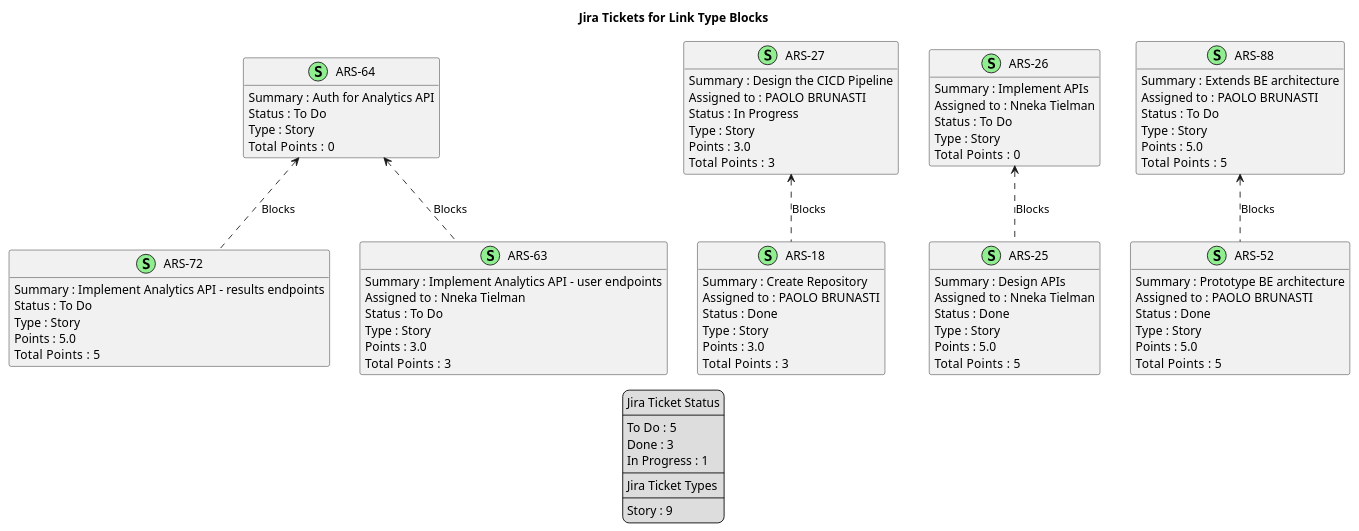
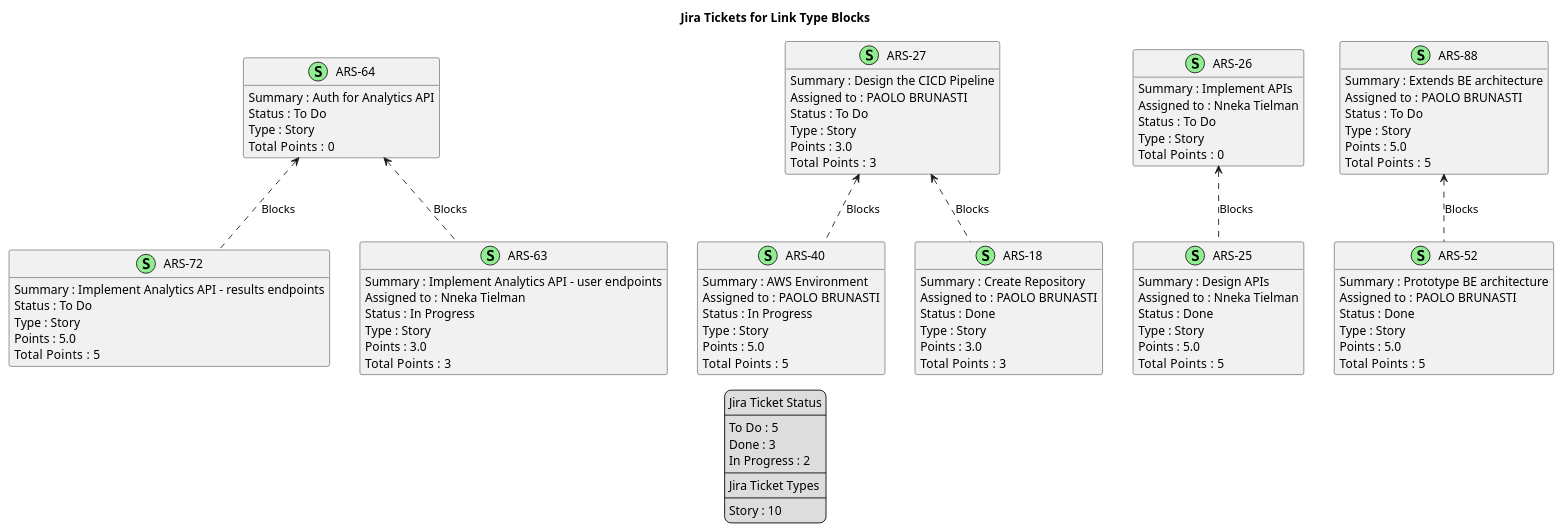
One commit to brunasti/jiraplotter changed the diagram in docs/nexus/jira-LinkType-Blocks.puml. Above: the diagram before and after it, drawn with PlantUML. The commit also changed 18 other files, not shown here.

Commit message:
Regenerates Nexus diagrams

```diff
--- a/docs/nexus/jira-LinkType-Blocks.puml
+++ b/docs/nexus/jira-LinkType-Blocks.puml
@@ -1,116 +1,127 @@
 @startuml
 'https://plantuml.com/class-diagram
 
 ' GENERATE CLASS DIAGRAM ===========
-' Generated at    : Tue May 21 11:41:22 CEST 2024
+' Generated at    : Thu May 23 13:36:26 CEST 2024
 
 title Jira Tickets for Link Type Blocks
 hide empty members
 
 legend
 Jira Ticket Status
 ----
 To Do : 5
 Done : 3
-In Progress : 1
+In Progress : 2
 ----
 Jira Ticket Types
 ----
-Story : 9
+Story : 10
 end legend
 
 
 ' Tickets =======
 class "ARS-72" << (S,lightgreen) >> {
  Summary : Implement Analytics API - results endpoints
  Status : To Do
  Type : Story
  Points : 5.0
 Total  Points : 5
 }
 
+class "ARS-40" << (S,lightgreen) >> {
+ Summary : AWS Environment
+ Assigned to : PAOLO BRUNASTI
+ Status : In Progress
+ Type : Story
+ Points : 5.0
+Total  Points : 5
+}
+
 class "ARS-27" << (S,lightgreen) >> {
  Summary : Design the CICD Pipeline
  Assigned to : PAOLO BRUNASTI
- Status : In Progress
+ Status : To Do
  Type : Story
  Points : 3.0
 Total  Points : 3
 }
 
 class "ARS-18" << (S,lightgreen) >> {
  Summary : Create Repository
  Assigned to : PAOLO BRUNASTI
  Status : Done
  Type : Story
  Points : 3.0
 Total  Points : 3
 }
 
 class "ARS-25" << (S,lightgreen) >> {
  Summary : Design APIs
  Assigned to : Nneka Tielman
  Status : Done
  Type : Story
  Points : 5.0
 Total  Points : 5
 }
 
 class "ARS-26" << (S,lightgreen) >> {
  Summary : Implement APIs
  Assigned to : Nneka Tielman
  Status : To Do
  Type : Story
 Total  Points : 0
 }
 
 class "ARS-63" << (S,lightgreen) >> {
  Summary : Implement Analytics API - user endpoints
  Assigned to : Nneka Tielman
- Status : To Do
+ Status : In Progress
  Type : Story
  Points : 3.0
 Total  Points : 3
 }
 
 class "ARS-52" << (S,lightgreen) >> {
  Summary : Prototype BE architecture
  Assigned to : PAOLO BRUNASTI
  Status : Done
  Type : Story
  Points : 5.0
 Total  Points : 5
 }
 
 class "ARS-64" << (S,lightgreen) >> {
  Summary : Auth for Analytics API
  Status : To Do
  Type : Story
 Total  Points : 0
 }
 
 class "ARS-88" << (S,lightgreen) >> {
  Summary : Extends BE architecture
  Assigned to : PAOLO BRUNASTI
  Status : To Do
  Type : Story
  Points : 5.0
 Total  Points : 5
 }
 
 
 
 ' Links =======
 "ARS-27" <.. "ARS-18" : Blocks
 
+"ARS-27" <.. "ARS-40" : Blocks
+
 "ARS-26" <.. "ARS-25" : Blocks
 
 "ARS-64" <.. "ARS-72" : Blocks
 
 "ARS-64" <.. "ARS-63" : Blocks
 
 "ARS-88" <.. "ARS-52" : Blocks
 
 
 
 @enduml
```
